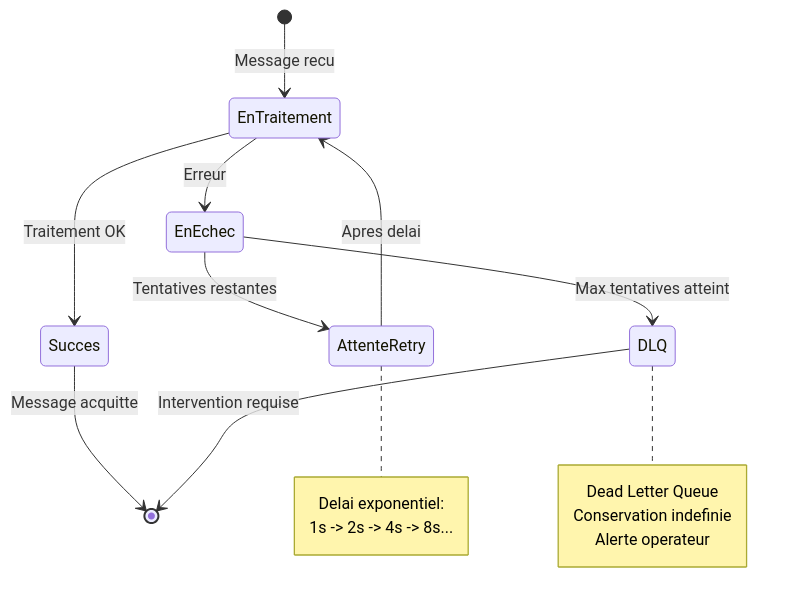
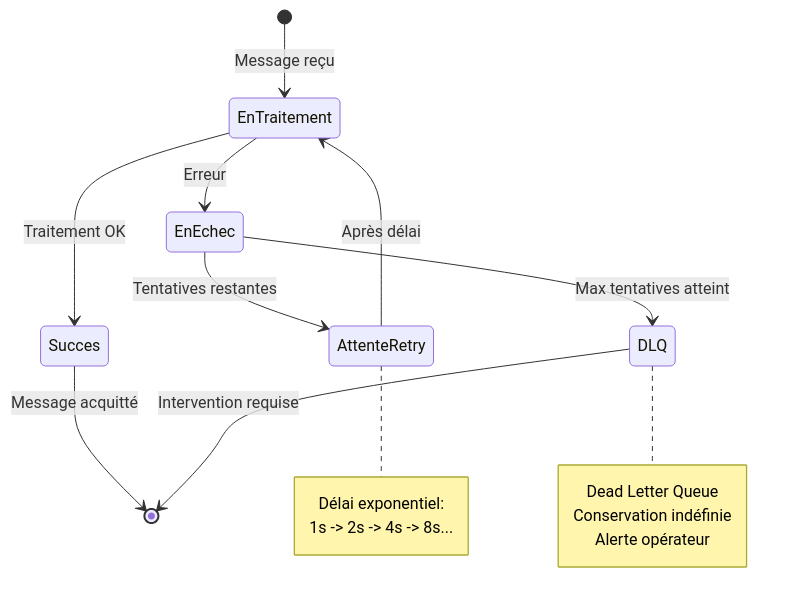
Before and after one commit to aagwali/maison-amane: the first of 3 diagrams in apps/docs/docs/architecture/data-flows/error-handling.mdx, drawn with Mermaid. The commit also changed other lines of this file and 9 other files, not shown here.

````diff
--- a/apps/docs/docs/architecture/data-flows/error-handling.mdx
+++ b/apps/docs/docs/architecture/data-flows/error-handling.mdx
@@ -25,27 +25,27 @@
 ```mermaid
 stateDiagram-v2
-    [*] --> EnTraitement: Message recu
+    [*] --> EnTraitement: Message reçu
 
     EnTraitement --> Succes: Traitement OK
     EnTraitement --> EnEchec: Erreur
 
-    Succes --> [*]: Message acquitte
+    Succes --> [*]: Message acquitté
 
     EnEchec --> AttenteRetry: Tentatives restantes
     EnEchec --> DLQ: Max tentatives atteint
 
-    AttenteRetry --> EnTraitement: Apres delai
+    AttenteRetry --> EnTraitement: Après délai
 
     DLQ --> [*]: Intervention requise
 
     note right of AttenteRetry
-        Delai exponentiel:
+        Délai exponentiel:
         1s -> 2s -> 4s -> 8s...
     end note
 
     note right of DLQ
         Dead Letter Queue
-        Conservation indefinie
-        Alerte operateur
+        Conservation indéfinie
+        Alerte opérateur
     end note
 ```
````
